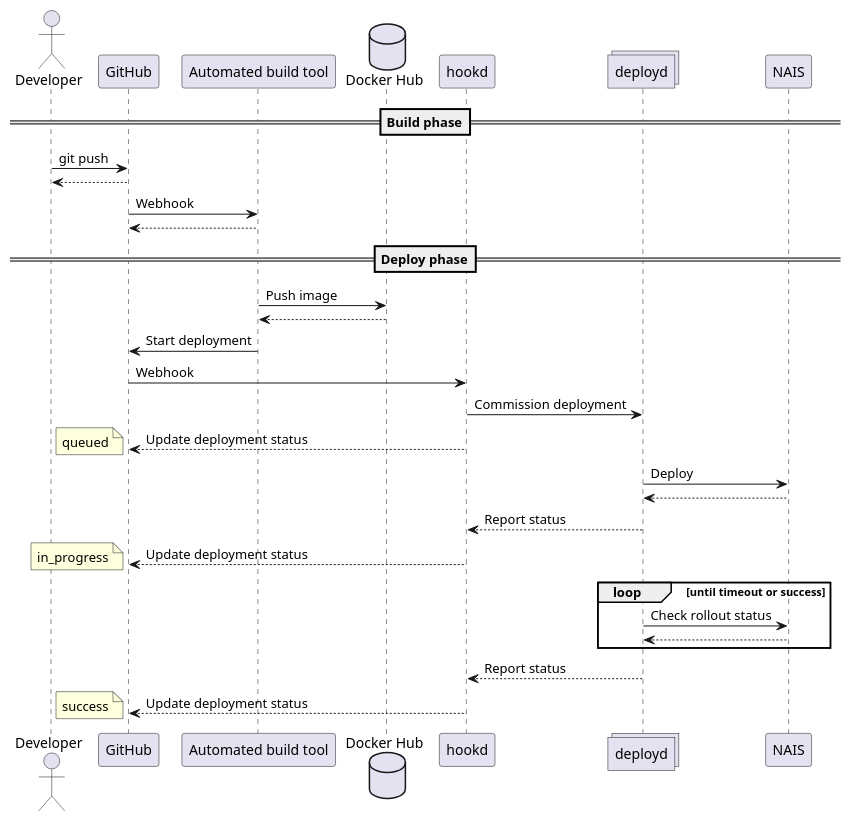
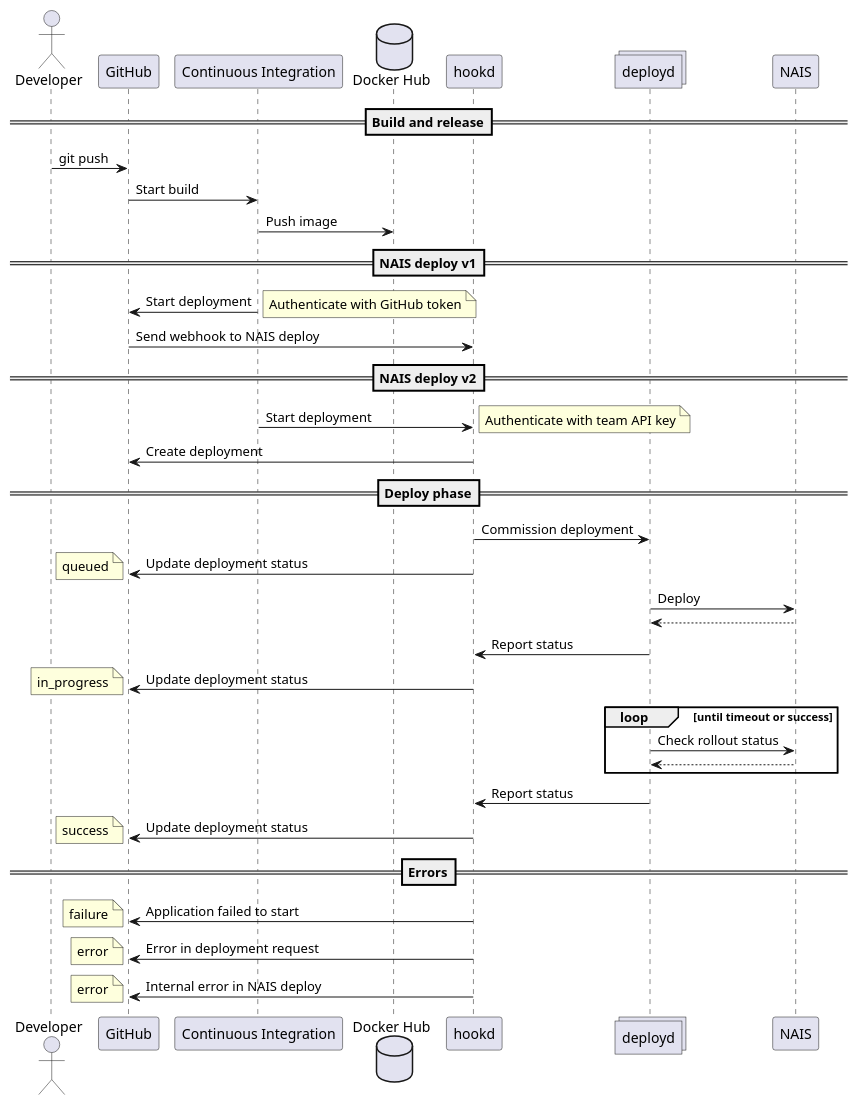
One commit to nais/deploy changed the diagram in doc/sequence.puml. Above: the diagram before and after it, drawn with PlantUML. The commit also changed 1 other file, not shown here.

Commit message:
Add sequence diagram for NAIS deploy v2 [skip ci]

```diff
--- a/doc/sequence.puml
+++ b/doc/sequence.puml
@@ -1,40 +1,53 @@
 @startuml component
 
 actor developer as "Developer"
 participant github as "GitHub"
-participant ci as "Automated build tool"
+participant ci as "Continuous Integration"
 database registry as "Docker Hub"
 participant hookd
 collections deployd
 participant kubernetes as "NAIS"
 
-==Build phase==
+==Build and release==
 developer -> github: git push
-github --> developer
-github -> ci: Webhook
-ci --> github
+github -> ci: Start build
+ci -> registry: Push image
+
+==NAIS deploy v1==
+ci -> github: Start deployment
+note right: Authenticate with GitHub token
+github -> hookd: Send webhook to NAIS deploy
+
+==NAIS deploy v2==
+ci -> hookd: Start deployment
+note right: Authenticate with team API key
+hookd -> github: Create deployment
 
 ==Deploy phase==
-ci -> registry: Push image
-registry --> ci
-ci -> github: Start deployment
-github -> hookd: Webhook
 hookd -> deployd: Commission deployment
-hookd --> github: Update deployment status
+hookd -> github: Update deployment status
 note left: queued
 deployd -> kubernetes: Deploy
 kubernetes --> deployd
-deployd --> hookd: Report status
-hookd --> github: Update deployment status
+deployd -> hookd: Report status
+hookd -> github: Update deployment status
 note left: in_progress
 
 loop until timeout or success
 	deployd -> kubernetes: Check rollout status
 	kubernetes --> deployd
 end
 
-deployd --> hookd: Report status
-hookd --> github: Update deployment status
+deployd -> hookd: Report status
+hookd -> github: Update deployment status
 note left: success
 
+==Errors==
+hookd -> github: Application failed to start
+note left: failure
+hookd -> github: Error in deployment request
+note left: error
+hookd -> github: Internal error in NAIS deploy
+note left: error
+
 @enduml
```
